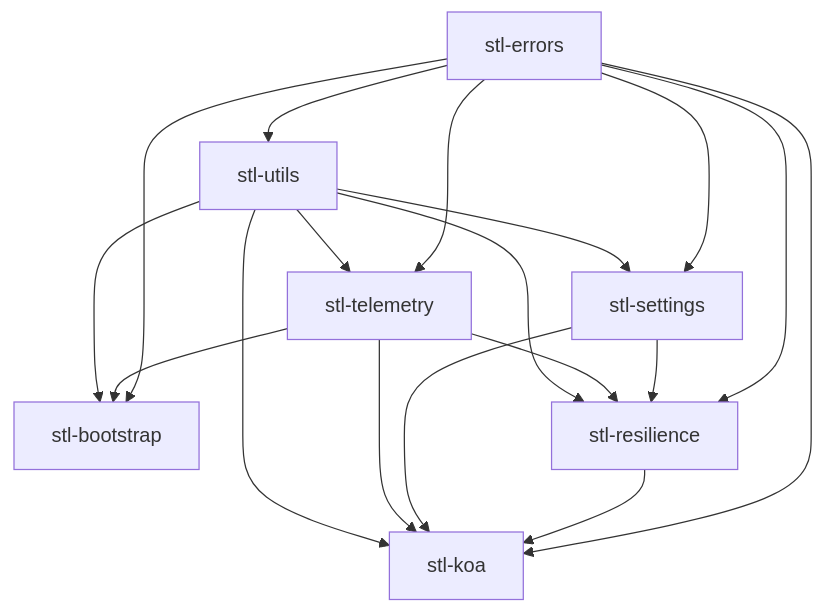
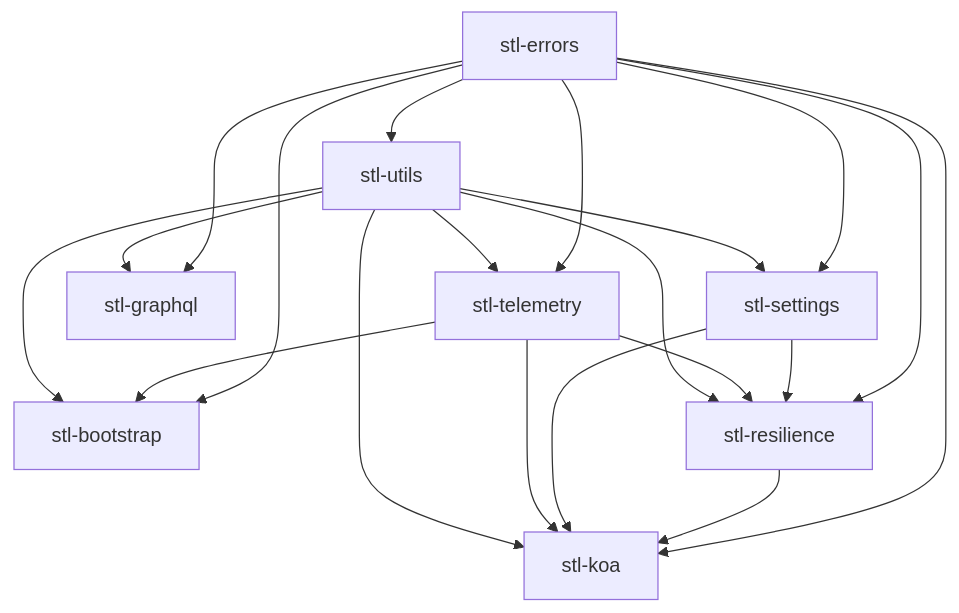
Before and after one commit to mtth/sdk.ts: the diagram in README.md, drawn with Mermaid. The commit also changed other lines of this file and 11 other files, not shown here.

Commit message:
feat: add GraphQL library (#17)

````diff
--- a/README.md
+++ b/README.md
@@ -29,25 +30,28 @@
 ```mermaid
 flowchart TD
   stl-errors --> stl-bootstrap
   stl-telemetry --> stl-bootstrap
   stl-utils --> stl-bootstrap
+
+  stl-errors --> stl-graphql
+  stl-utils --> stl-graphql
 
   stl-errors --> stl-koa
   stl-resilience --> stl-koa
   stl-settings --> stl-koa
   stl-telemetry --> stl-koa
   stl-utils --> stl-koa
 
   stl-errors --> stl-resilience
   stl-settings --> stl-resilience
   stl-telemetry --> stl-resilience
   stl-utils --> stl-resilience
 
   stl-errors --> stl-settings
   stl-utils --> stl-settings
 
   stl-errors --> stl-telemetry
   stl-utils --> stl-telemetry
 
   stl-errors --> stl-utils
 ```
````
